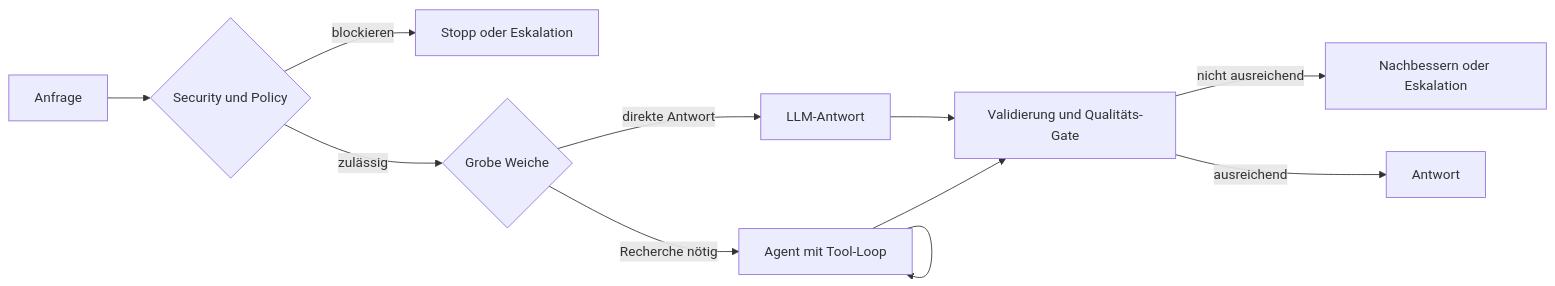
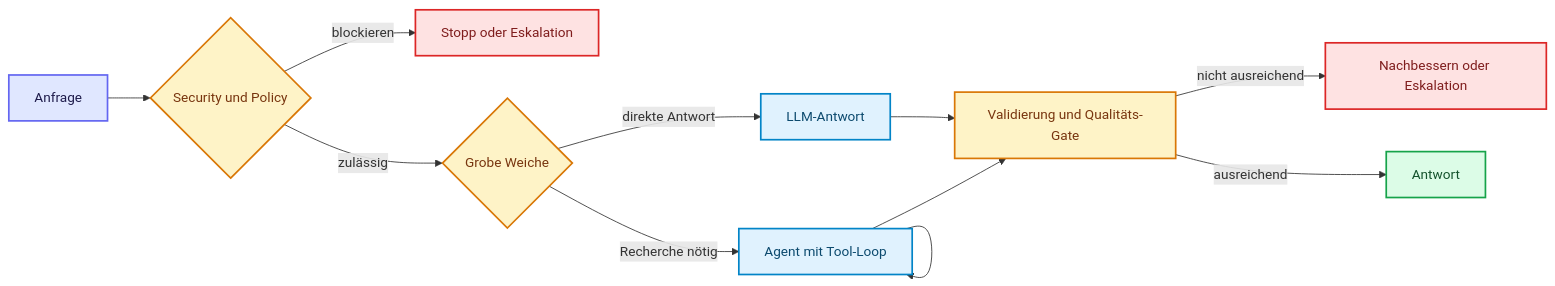
The third of 7 diagrams in docs/04-agenten-implementierung/entwurf/agent-architekturen.md (ralf-42/Agenten), drawn with Mermaid before and after one commit. The commit also changed other lines of this file and 18 other files, not shown here.

````diff
--- a/docs/04-agenten-implementierung/entwurf/agent-architekturen.md
+++ b/docs/04-agenten-implementierung/entwurf/agent-architekturen.md
@@ -165,13 +185,24 @@
 ```mermaid
 flowchart LR
     A[Anfrage] --> G{Security und Policy}
     G -->|blockieren| X[Stopp oder Eskalation]
     G -->|zulässig| R{Grobe Weiche}
     R -->|direkte Antwort| L[LLM-Antwort]
     R -->|Recherche nötig| T[Agent mit Tool-Loop]
     T --> T
     L --> Q[Validierung und Qualitäts-Gate]
     T --> Q
     Q -->|nicht ausreichend| N[Nachbessern oder Eskalation]
     Q -->|ausreichend| E[Antwort]
+
+    classDef default fill:#e0f2fe,stroke:#0284c7,stroke-width:2px,color:#0c4a6e;
+    classDef input fill:#e0e7ff,stroke:#6366f1,stroke-width:2px,color:#1e1b4b;
+    classDef metric fill:#fef3c7,stroke:#d97706,stroke-width:2px,color:#78350f;
+    classDef output fill:#dcfce7,stroke:#16a34a,stroke-width:2px,color:#14532d;
+    classDef stop fill:#fee2e2,stroke:#dc2626,stroke-width:2px,color:#7f1d1d;
+
+    class A input;
+    class G,R,Q metric;
+    class E output;
+    class X,N stop;
 ```
````
